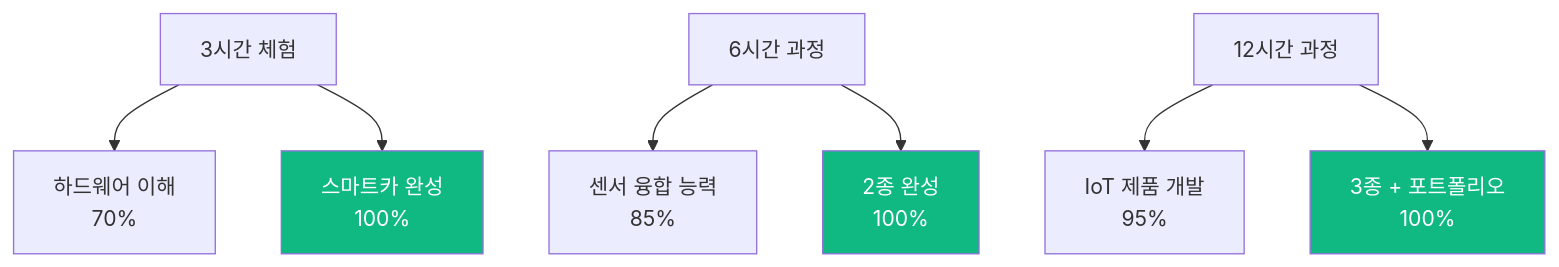
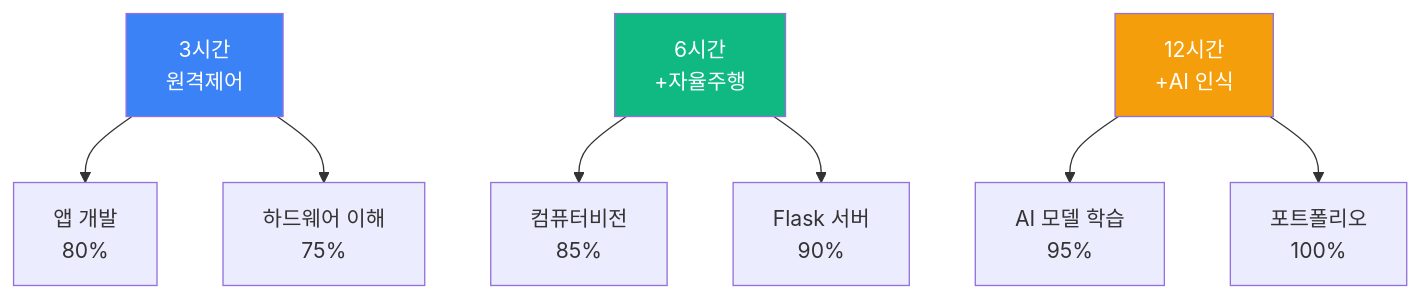
The ninth of 10 diagrams in documents/CURRICULUM/맛보기_아두이노_ESP32.md (Collegenie-X/AIMakerLab_Web), drawn with Mermaid before and after one commit. The commit also changed other lines of this file and 3 other files, not shown here.

````diff
--- a/documents/CURRICULUM/맛보기_아두이노_ESP32.md
+++ b/documents/CURRICULUM/맛보기_아두이노_ESP32.md
@@ -593,15 +861,15 @@
 ```mermaid
 graph TB
-    A[3시간 체험] --> B[하드웨어 이해<br/>70%]
-    A --> C[스마트카 완성<br/>100%]
+    A[3시간<br/>원격제어] --> B[앱 개발<br/>80%]
+    A --> C[하드웨어 이해<br/>75%]
     
-    D[6시간 과정] --> E[센서 융합 능력<br/>85%]
-    D --> F[2종 완성<br/>100%]
+    D[6시간<br/>+자율주행] --> E[컴퓨터비전<br/>85%]
+    D --> F[Flask 서버<br/>90%]
     
-    G[12시간 과정] --> H[IoT 제품 개발<br/>95%]
-    G --> I[3종 + 포트폴리오<br/>100%]
+    G[12시간<br/>+AI 인식] --> H[AI 모델 학습<br/>95%]
+    G --> I[포트폴리오<br/>100%]
     
-    style C fill:#10b981,color:#fff
-    style F fill:#10b981,color:#fff
-    style I fill:#10b981,color:#fff
+    style A fill:#3b82f6,color:#fff
+    style D fill:#10b981,color:#fff
+    style G fill:#f59e0b,color:#fff
 ```
````
